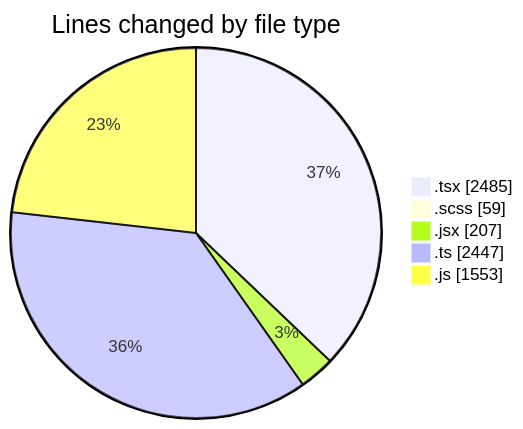
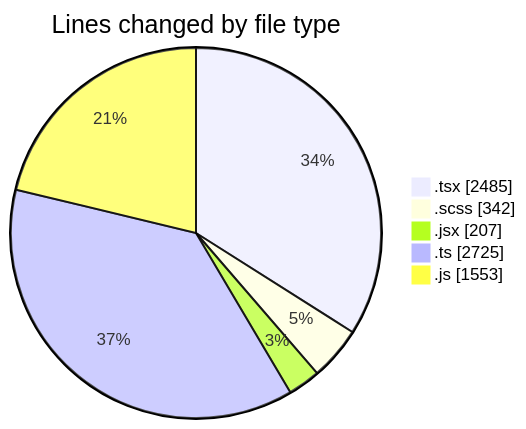
The first of 2 diagrams in 2026-07-23/cda/README.md (momahboobian/code-tracking), drawn with Mermaid before and after one commit. The commit also changed other lines of this file and 1 other file, not shown here.

````diff
--- a/2026-07-23/cda/README.md
+++ b/2026-07-23/cda/README.md
@@ -38,9 +40,9 @@
 ```mermaid
 pie showData
 title Lines changed by file type
 ".tsx" : 2485
-".scss" : 59
+".scss" : 342
 ".jsx" : 207
-".ts" : 2447
+".ts" : 2725
 ".js" : 1553
 ```
````
